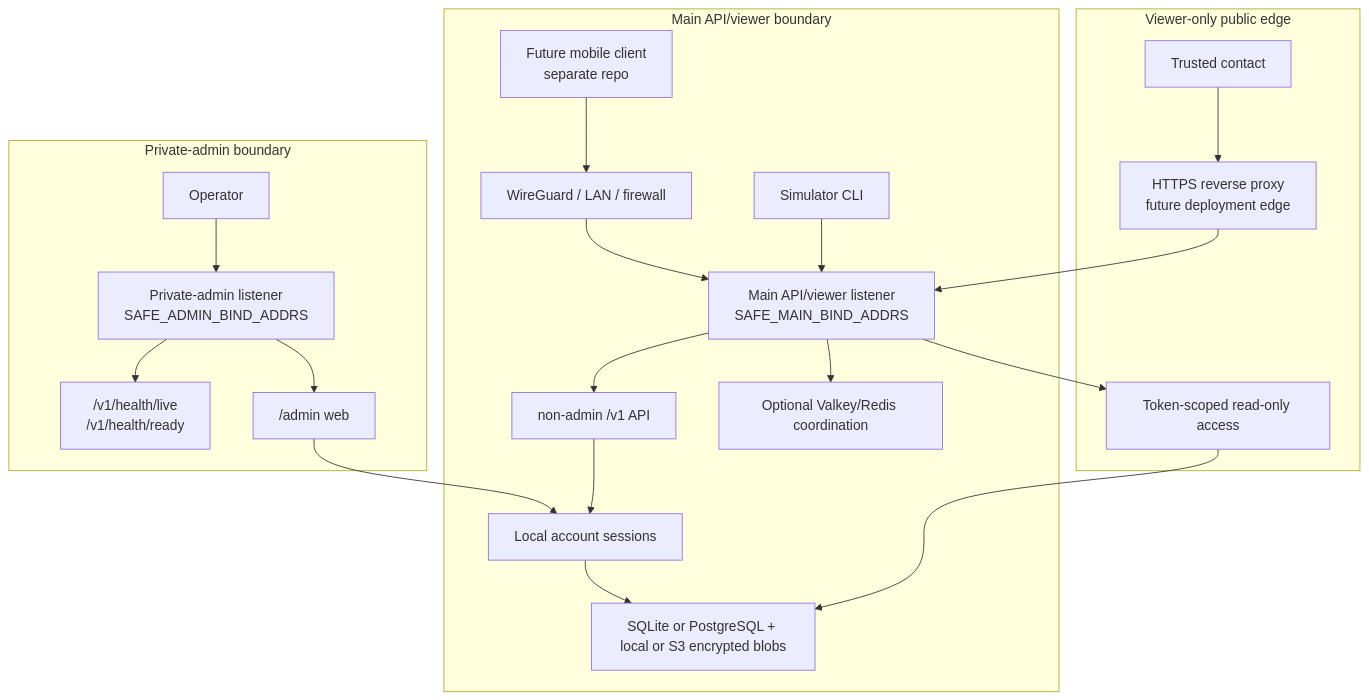
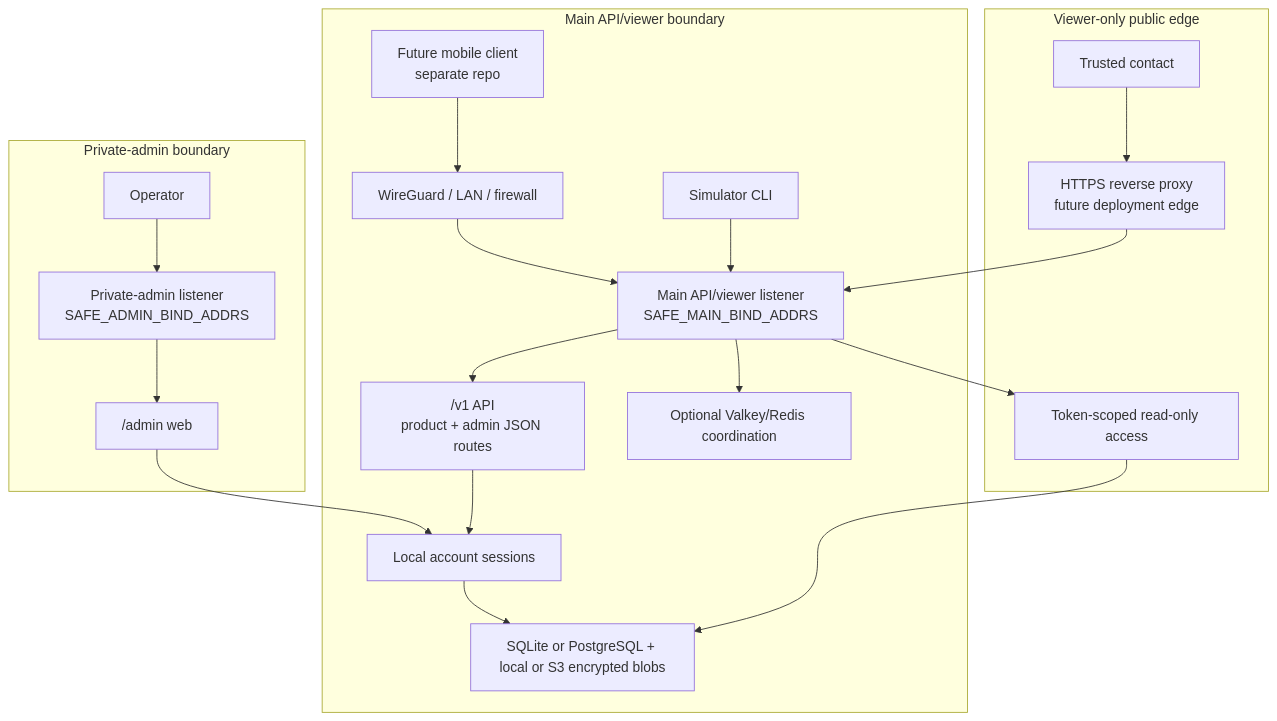
The second of 4 diagrams in docs/architecture.md (open-proofline/server), drawn with Mermaid before and after one commit. The commit also changed other lines of this file and 31 other files, not shown here.

Commit message:
Keep admin dashboard on private listener

````diff
--- a/docs/architecture.md
+++ b/docs/architecture.md
@@ -105,26 +103,25 @@
 ```mermaid
 flowchart TB
     subgraph MainBoundary["Main API/viewer boundary"]
         FuturePhone["Future mobile client<br/>separate repo"] --> WireGuard["WireGuard / LAN / firewall"]
         Simulator["Simulator CLI"] --> MainListener["Main API/viewer listener<br/>SAFE_MAIN_BIND_ADDRS"]
         WireGuard --> MainListener
-        MainListener --> V1["non-admin /v1 API"]
+        MainListener --> V1["/v1 API<br/>product + admin JSON routes"]
         V1 --> Auth["Local account sessions"]
         Auth --> Storage["SQLite or PostgreSQL + local or S3 encrypted blobs"]
         MainListener --> Coordination["Optional Valkey/Redis coordination"]
     end
 
     subgraph PublicEdge["Viewer-only public edge"]
         TrustedContact["Trusted contact"] --> HTTPS["HTTPS reverse proxy<br/>future deployment edge"]
         HTTPS --> MainListener
         MainListener --> ReadOnly["Token-scoped read-only access"]
         ReadOnly --> Storage
     end
 
     subgraph AdminBoundary["Private-admin boundary"]
         AdminClient["Operator"] --> AdminListener["Private-admin listener<br/>SAFE_ADMIN_BIND_ADDRS"]
-        AdminListener --> Health["/v1/health/live<br/>/v1/health/ready"]
         AdminListener --> AdminWeb["/admin web"]
         AdminWeb --> Auth
     end
 ```
````
